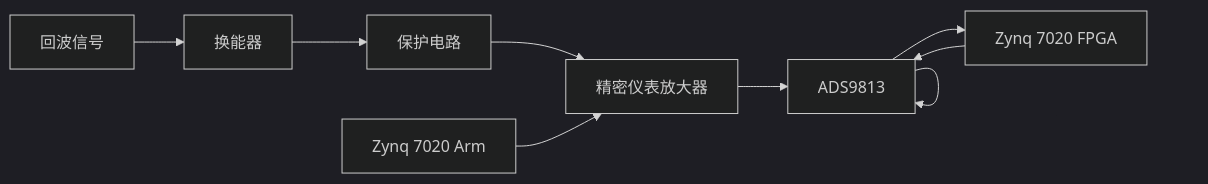
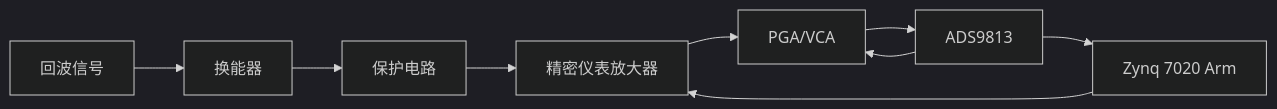
One commit to Rukawa15/iodraw-files changed the diagram in all/多通道同步采集-1.md. Above: the diagram before and after it, drawn with Mermaid (dark theme).

Commit message:
2025-06-19 14:02:17 update

````diff
--- a/all/多通道同步采集-1.md
+++ b/all/多通道同步采集-1.md
@@ -1,7 +1,7 @@
 ```mermaid
 graph LR
-A[回波信号] --> B[换能器] --> C[保护电路] --> D[精密仪表放大器] --> E[PGA/VCA] --> E[ADS9813] --> F[Zynq 7020 FPGA]
+A[回波信号] --> B[换能器] --> C[保护电路] --> D[精密仪表放大器] --> E[PGA/VCA] --> F[ADS9813] --> G[Zynq 7020 FPGA]
 G[Zynq 7020 Arm] --> D
 F --> E
 
 ```
````
